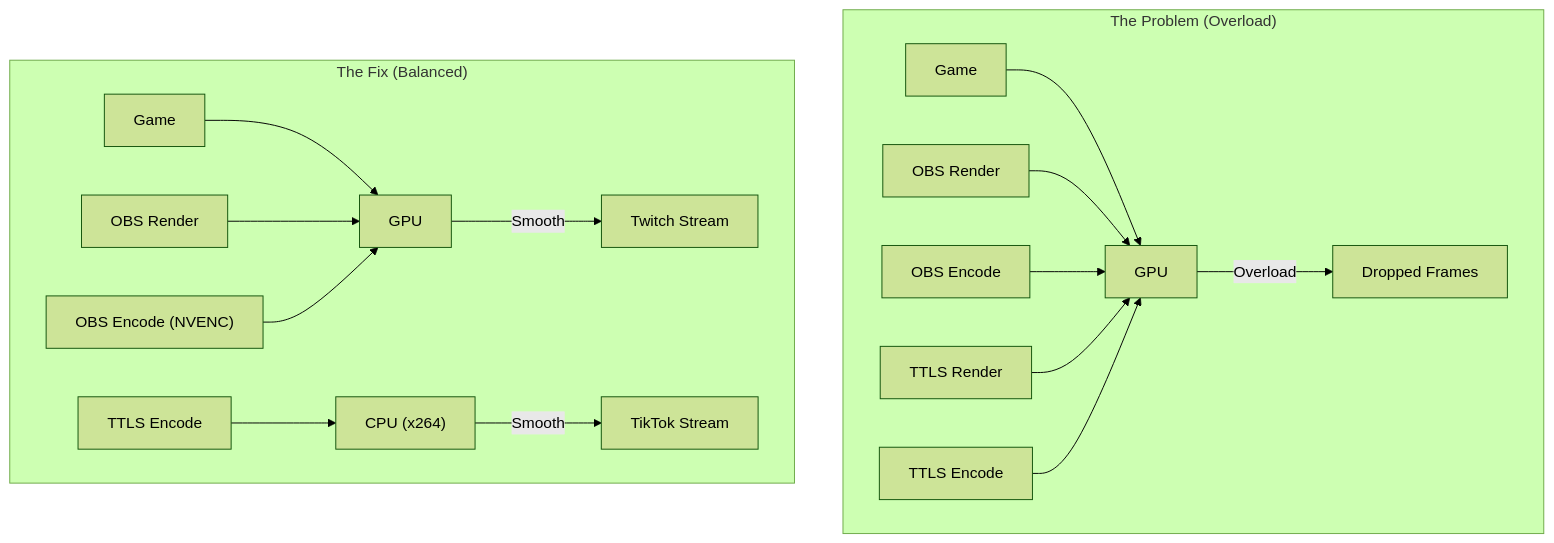
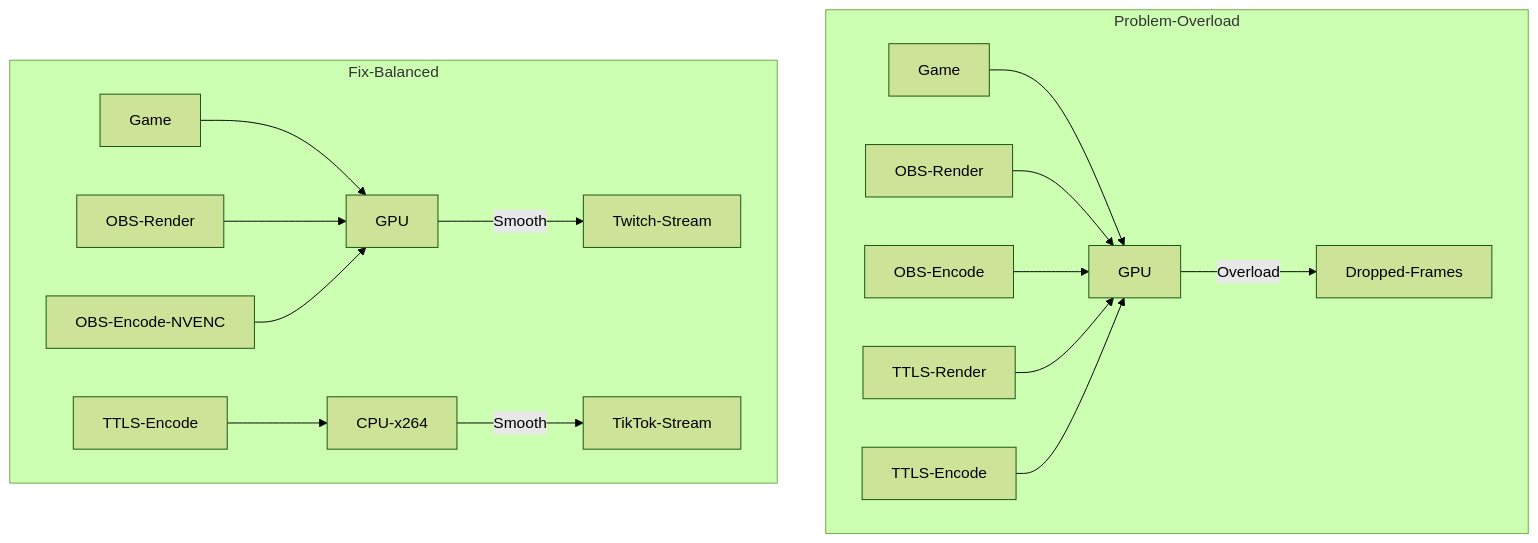
Before and after one commit to littl3-boat/ttwise: the diagram in data/blog/obs-encoding-overload-tiktok-live-studio-fix-2025.mdx, drawn with Mermaid (forest theme). The commit also changed 35 other files, not shown here.

First line of the commit message:
feat: fix Mermaid diagram syntax across blog posts and add new Reddit-sourced blog entries

````diff
--- a/data/blog/obs-encoding-overload-tiktok-live-studio-fix-2025.mdx
+++ b/data/blog/obs-encoding-overload-tiktok-live-studio-fix-2025.mdx
@@ -83,20 +83,20 @@
 ```mermaid
-graph TD
-    subgraph "The Problem (Overload)"
-    Game[Game] --> GPU
-    OBS[OBS Render] --> GPU
-    OBS_Enc[OBS Encode] --> GPU
-    TTLS[TTLS Render] --> GPU
-    TTLS_Enc[TTLS Encode] --> GPU
-    GPU -->|Overload| Crash[Dropped Frames]
+flowchart TD
+    subgraph Problem-Overload
+    Game[Game] --> GPU[GPU]
+    OBS[OBS-Render] --> GPU
+    OBS_Enc[OBS-Encode] --> GPU
+    TTLS[TTLS-Render] --> GPU
+    TTLS_Enc[TTLS-Encode] --> GPU
+    GPU -->|Overload| Crash[Dropped-Frames]
     end
 
-    subgraph "The Fix (Balanced)"
+    subgraph Fix-Balanced
     Game2[Game] --> GPU2[GPU]
-    OBS2[OBS Render] --> GPU2
-    OBS_Enc2["OBS Encode (NVENC)"] --> GPU2
-    TTLS2[TTLS Encode] --> CPU2["CPU (x264)"]
-    GPU2 -->|Smooth| Stream1[Twitch Stream]
-    CPU2 -->|Smooth| Stream2[TikTok Stream]
+    OBS2[OBS-Render] --> GPU2
+    OBS_Enc2[OBS-Encode-NVENC] --> GPU2
+    TTLS2[TTLS-Encode] --> CPU2[CPU-x264]
+    GPU2 -->|Smooth| Stream1[Twitch-Stream]
+    CPU2 -->|Smooth| Stream2[TikTok-Stream]
     end
 ```
````
